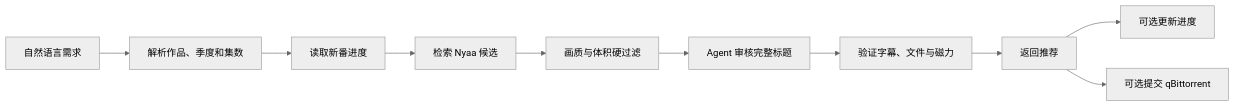
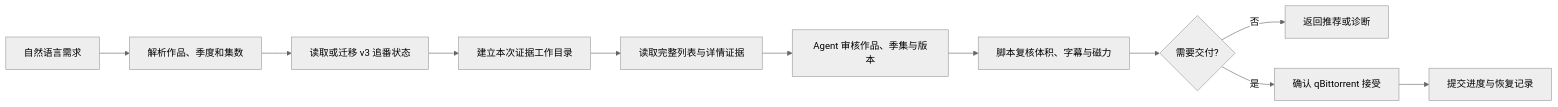
The diagram in README.md (divisioncassini05-lab/find-nyaa-anime-release), drawn with Mermaid (neutral theme) before and after one commit. The commit also changed other lines of this file, not shown here.

````diff
--- a/README.md
+++ b/README.md
@@ -110,12 +110,13 @@
 ```mermaid
 flowchart LR
     A[自然语言需求] --> B[解析作品、季度和集数]
-    B --> C[读取新番进度]
-    C --> D[检索 Nyaa 候选]
-    D --> E[画质与体积硬过滤]
-    E --> F[Agent 审核完整标题]
-    F --> G[验证字幕、文件与磁力]
-    G --> H[返回推荐]
-    H --> I[可选更新进度]
-    H --> J[可选提交 qBittorrent]
+    B --> C[读取或迁移 v3 追番状态]
+    C --> D[建立本次证据工作目录]
+    D --> E[读取完整列表与详情证据]
+    E --> F[Agent 审核作品、季集与版本]
+    F --> G[脚本复核体积、字幕与磁力]
+    G --> H{需要交付?}
+    H -- 否 --> I[返回推荐或诊断]
+    H -- 是 --> J[确认 qBittorrent 接受]
+    J --> K[提交进度与恢复记录]
 ```
````
